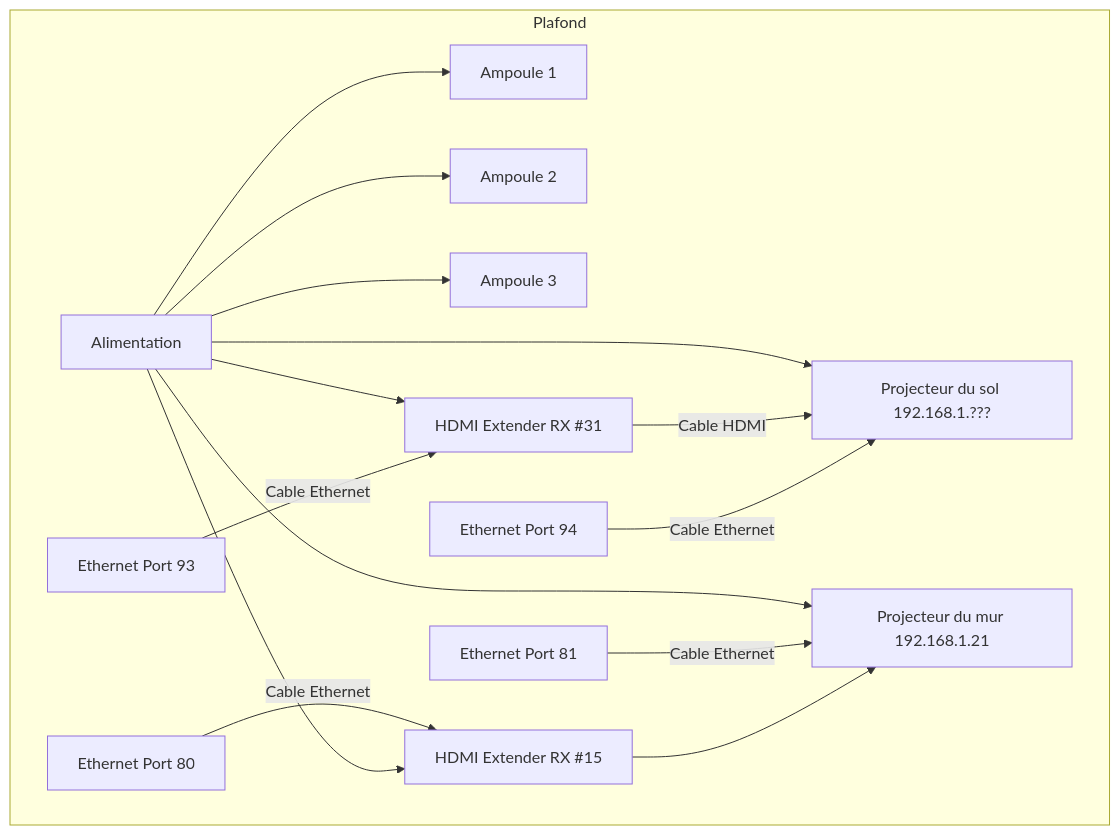
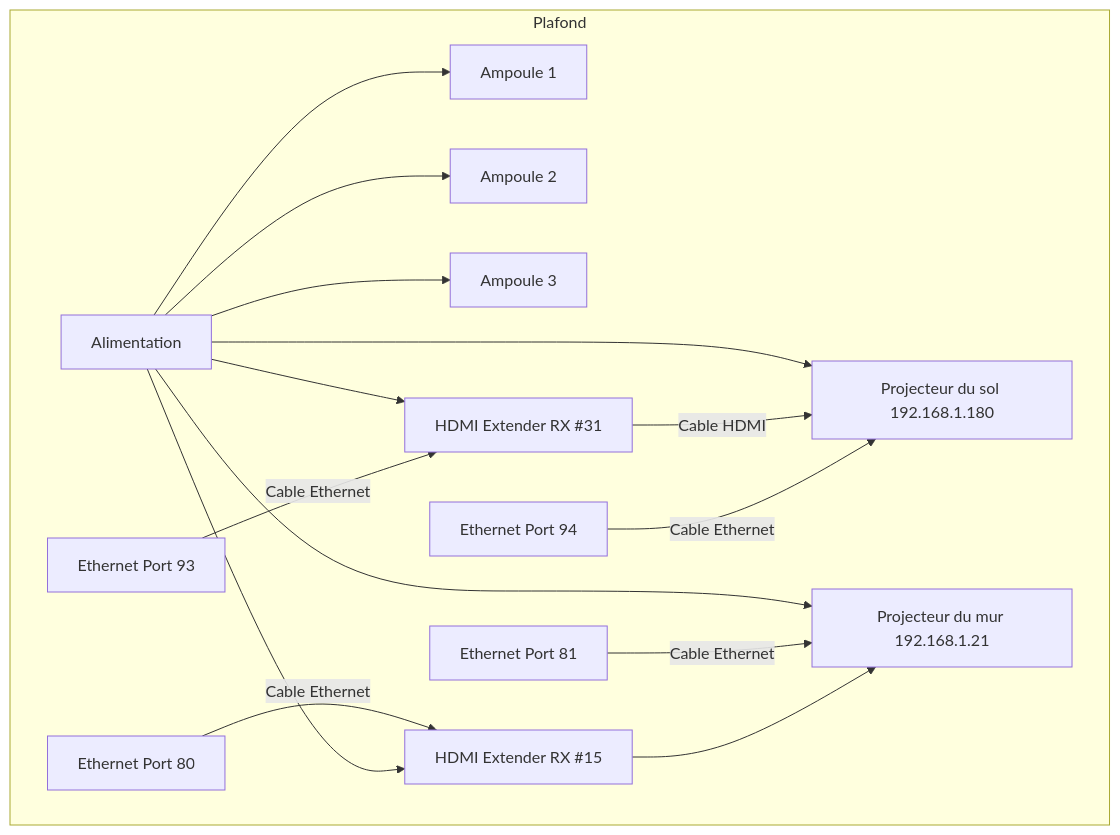
Before and after one commit to Miaou-Mafia/projet-luminatura: the second of 3 diagrams in 40_maquette/README.md, drawn with Mermaid.

````diff
--- a/40_maquette/README.md
+++ b/40_maquette/README.md
@@ -160,18 +160,18 @@
 ```mermaid
 flowchart TD
     subgraph Plafond
-        A[Alimentation] --> B[Projecteur du sol 192.168.1.???]
+        A[Alimentation] --> B[Projecteur du sol 192.168.1.180]
         A --> C[Ampoule 1]
         A --> D[Ampoule 2]
         A --> E[Ampoule 3]
         A --> F[HDMI Extender RX #31]
         F -->| Cable HDMI | B
         G[Ethernet Port 94] -->| Cable Ethernet | B
         H[Ethernet Port 93] -->| Cable Ethernet | F
         A --> I[Projecteur du mur 192.168.1.21]
         K[Ethernet Port 81] -->| Cable Ethernet | I
         L[Ethernet Port 80] -->| Cable Ethernet | M[HDMI Extender RX #15]
         M --> I
         A --> M
     end
 ```
````
